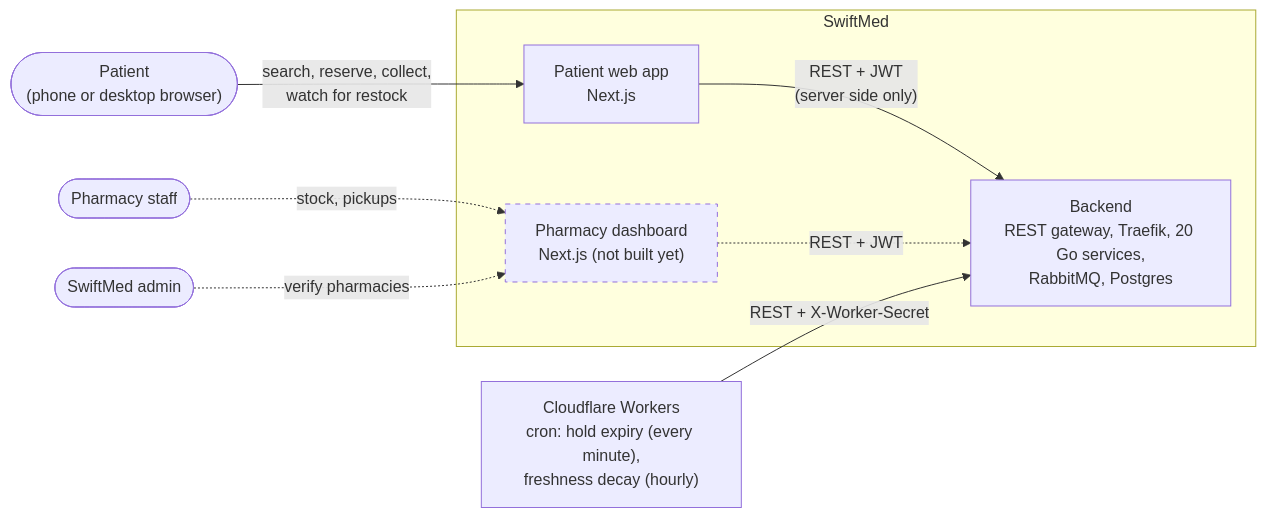
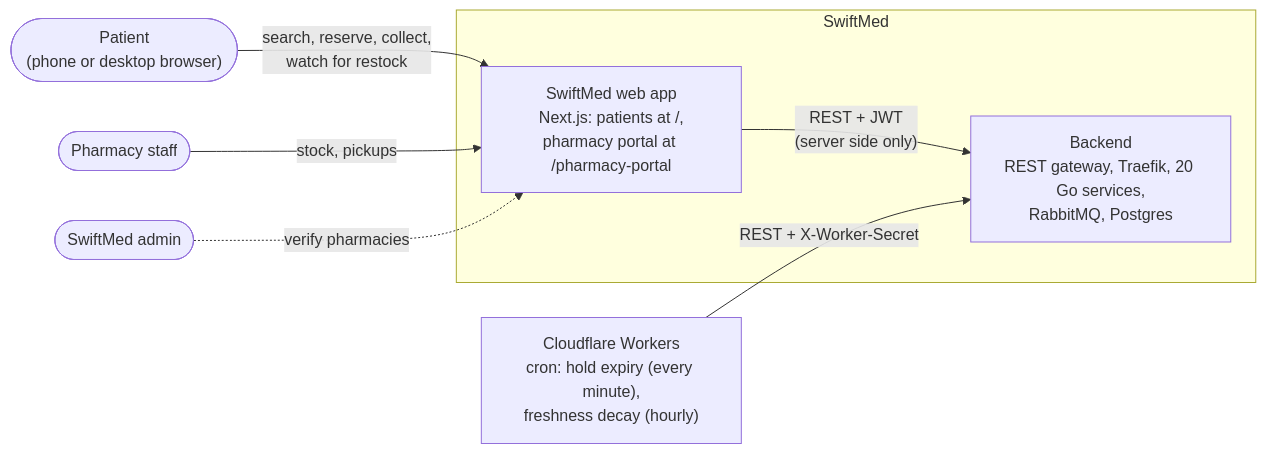
The first of 6 diagrams in docs/architecture/system-context.md (Swiftmeds-bht/Swiftmeds), drawn with Mermaid before and after one commit. The commit also changed other lines of this file and 223 other files, not shown here.

First line of the commit message:
feat(web): merge the patient app and the pharmacy dashboard into one SwiftMed app (SCRUM-139) (#117)

````diff
--- a/docs/architecture/system-context.md
+++ b/docs/architecture/system-context.md
@@ -12,24 +12,21 @@
 ```mermaid
 flowchart LR
     patient(["Patient<br/>(phone or desktop browser)"])
     staff(["Pharmacy staff"])
     admin(["SwiftMed admin"])
 
     subgraph swiftmed["SwiftMed"]
-        patientApp["Patient web app<br/>Next.js"]
-        dashboard["Pharmacy dashboard<br/>Next.js (not built yet)"]
+        patientApp["SwiftMed web app<br/>Next.js: patients at /,<br/>pharmacy portal at /pharmacy-portal"]
         backend["Backend<br/>REST gateway, Traefik, 20 Go services,<br/>RabbitMQ, Postgres"]
     end
 
     cloudflare["Cloudflare Workers<br/>cron: hold expiry (every minute),<br/>freshness decay (hourly)"]
 
     patient -->|"search, reserve, collect,<br/>watch for restock"| patientApp
-    staff -.->|"stock, pickups"| dashboard
-    admin -.->|"verify pharmacies"| dashboard
+    staff -->|"stock, pickups"| patientApp
+    admin -.->|"verify pharmacies"| patientApp
     patientApp -->|"REST + JWT<br/>(server side only)"| backend
-    dashboard -.->|"REST + JWT"| backend
     cloudflare -->|"REST + X-Worker-Secret"| backend
 
     classDef planned stroke-dasharray: 5 5
-    class dashboard planned
 ```
````
